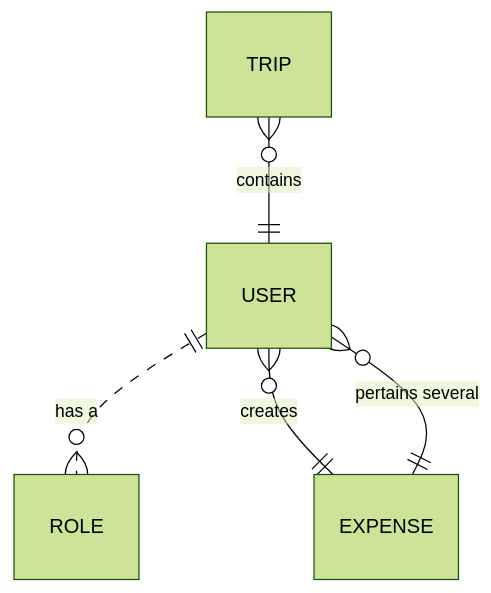
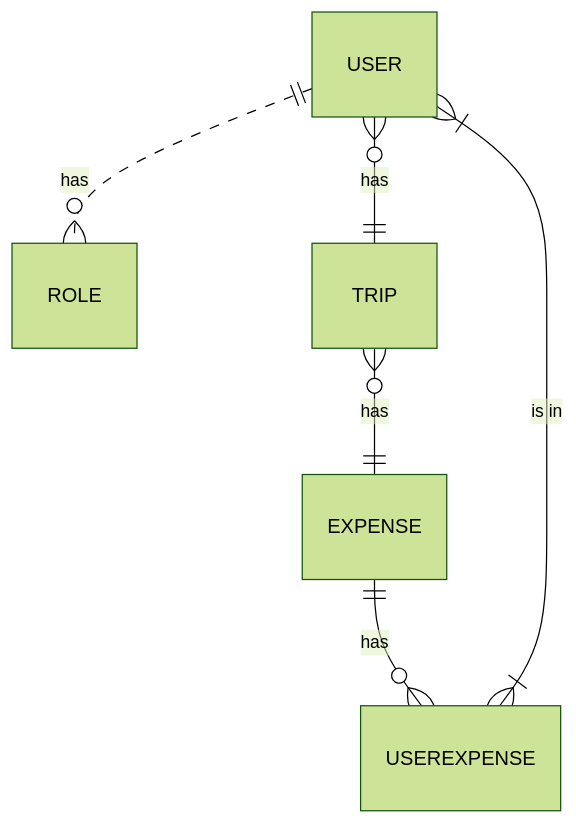
Before and after one commit to miguel-square/TripBudget: the first of 2 diagrams in README.md, drawn with Mermaid (forest theme). The commit also changed other lines of this file, not shown here.

Commit message:
Update Entity diagram in README.md

````diff
--- a/README.md
+++ b/README.md
@@ -43,7 +43,8 @@
 ```mermaid
 erDiagram
-    USER ||..o{ ROLE : "has a"
-    USER o{--|| EXPENSE : creates
-    TRIP o{--|| USER : contains
-    EXPENSE ||--o{ USER : "pertains several"
+    USER ||..o{ ROLE : "has"
+    USER o{--|| TRIP : has
+    TRIP o{--|| EXPENSE : has
+    EXPENSE ||--o{ USEREXPENSE : has
+    USEREXPENSE }|--|{ USER : "is in"
 ```
````
